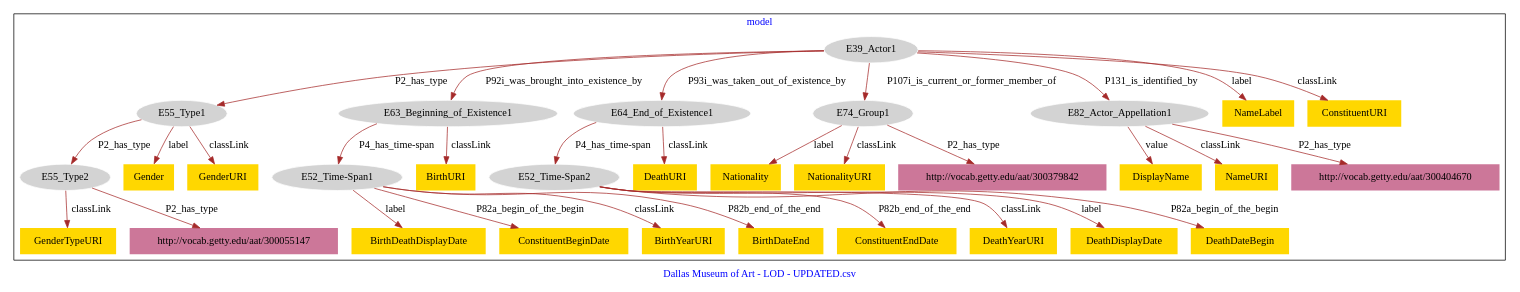
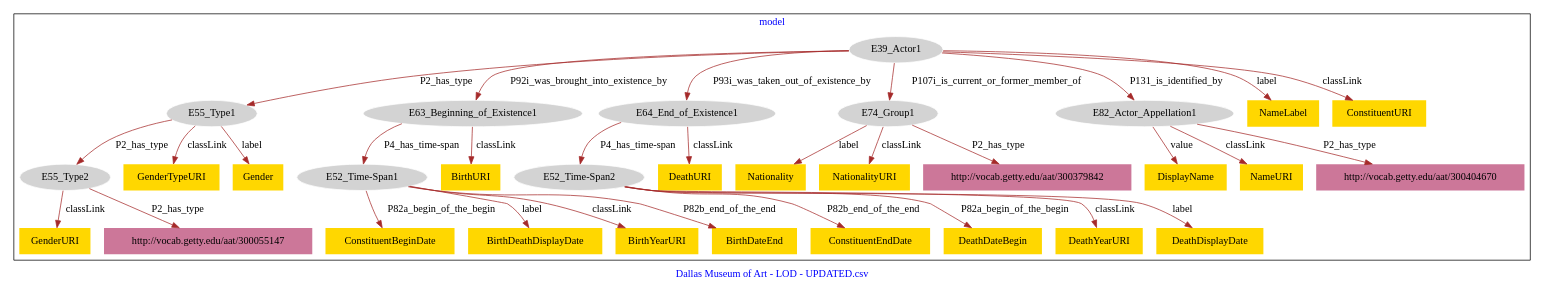
The diagram in Constituents/DMA_Constituents-model.dot (american-art/DMA), drawn with Graphviz before and after one commit.

Commit message:
Update file DMA_Constituents-model.dot

```diff
--- a/Constituents/DMA_Constituents-model.dot
+++ b/Constituents/DMA_Constituents-model.dot
@@ -1,69 +1,69 @@
 digraph n0 {
 fontcolor="blue"
 remincross="true"
 label="Dallas Museum of Art - LOD - UPDATED.csv"
 subgraph cluster {
 label="model"
 n2[style="filled",color="white",fillcolor="lightgray",label="E39_Actor1"];
 n3[style="filled",color="white",fillcolor="lightgray",label="E55_Type1"];
 n4[style="filled",color="white",fillcolor="lightgray",label="E63_Beginning_of_Existence1"];
 n5[style="filled",color="white",fillcolor="lightgray",label="E64_End_of_Existence1"];
 n6[style="filled",color="white",fillcolor="lightgray",label="E74_Group1"];
 n7[style="filled",color="white",fillcolor="lightgray",label="E82_Actor_Appellation1"];
 n8[style="filled",color="white",fillcolor="lightgray",label="E55_Type2"];
 n9[style="filled",color="white",fillcolor="lightgray",label="E52_Time-Span1"];
 n10[style="filled",color="white",fillcolor="lightgray",label="E52_Time-Span2"];
-n11[shape="plaintext",style="filled",fillcolor="gold",label="NameLabel"];
-n12[shape="plaintext",style="filled",fillcolor="gold",label="DeathURI"];
-n13[shape="plaintext",style="filled",fillcolor="gold",label="Gender"];
-n14[shape="plaintext",style="filled",fillcolor="gold",label="DisplayName"];
-n15[shape="plaintext",style="filled",fillcolor="gold",label="ConstituentEndDate"];
-n16[shape="plaintext",style="filled",fillcolor="gold",label="Nationality"];
-n17[shape="plaintext",style="filled",fillcolor="gold",label="DeathYearURI"];
-n18[shape="plaintext",style="filled",fillcolor="gold",label="BirthDeathDisplayDate"];
-n19[shape="plaintext",style="filled",fillcolor="gold",label="ConstituentBeginDate"];
-n20[shape="plaintext",style="filled",fillcolor="gold",label="GenderTypeURI"];
-n21[shape="plaintext",style="filled",fillcolor="gold",label="GenderURI"];
-n22[shape="plaintext",style="filled",fillcolor="gold",label="DeathDisplayDate"];
-n23[shape="plaintext",style="filled",fillcolor="gold",label="DeathDateBegin"];
-n24[shape="plaintext",style="filled",fillcolor="gold",label="BirthYearURI"];
-n25[shape="plaintext",style="filled",fillcolor="gold",label="ConstituentURI"];
-n26[shape="plaintext",style="filled",fillcolor="gold",label="NationalityURI"];
+n11[shape="plaintext",style="filled",fillcolor="gold",label="ConstituentBeginDate"];
+n12[shape="plaintext",style="filled",fillcolor="gold",label="GenderURI"];
+n13[shape="plaintext",style="filled",fillcolor="gold",label="Nationality"];
+n14[shape="plaintext",style="filled",fillcolor="gold",label="BirthDeathDisplayDate"];
+n15[shape="plaintext",style="filled",fillcolor="gold",label="NameLabel"];
+n16[shape="plaintext",style="filled",fillcolor="gold",label="GenderTypeURI"];
+n17[shape="plaintext",style="filled",fillcolor="gold",label="Gender"];
+n18[shape="plaintext",style="filled",fillcolor="gold",label="DisplayName"];
+n19[shape="plaintext",style="filled",fillcolor="gold",label="ConstituentEndDate"];
+n20[shape="plaintext",style="filled",fillcolor="gold",label="BirthYearURI"];
+n21[shape="plaintext",style="filled",fillcolor="gold",label="BirthURI"];
+n22[shape="plaintext",style="filled",fillcolor="gold",label="DeathDateBegin"];
+n23[shape="plaintext",style="filled",fillcolor="gold",label="DeathURI"];
+n24[shape="plaintext",style="filled",fillcolor="gold",label="DeathYearURI"];
+n25[shape="plaintext",style="filled",fillcolor="gold",label="NameURI"];
+n26[shape="plaintext",style="filled",fillcolor="gold",label="DeathDisplayDate"];
 n27[shape="plaintext",style="filled",fillcolor="gold",label="BirthDateEnd"];
-n28[shape="plaintext",style="filled",fillcolor="gold",label="NameURI"];
-n29[shape="plaintext",style="filled",fillcolor="gold",label="BirthURI"];
+n28[shape="plaintext",style="filled",fillcolor="gold",label="NationalityURI"];
+n29[shape="plaintext",style="filled",fillcolor="gold",label="ConstituentURI"];
 n30[shape="plaintext",style="filled",fillcolor="#CC7799",label="http://vocab.getty.edu/aat/300404670"];
 n31[shape="plaintext",style="filled",fillcolor="#CC7799",label="http://vocab.getty.edu/aat/300055147"];
 n32[shape="plaintext",style="filled",fillcolor="#CC7799",label="http://vocab.getty.edu/aat/300379842"];
 }
 n2 -> n3[color="brown",fontcolor="black",label="P2_has_type"]
 n2 -> n4[color="brown",fontcolor="black",label="P92i_was_brought_into_existence_by"]
 n2 -> n5[color="brown",fontcolor="black",label="P93i_was_taken_out_of_existence_by"]
 n2 -> n6[color="brown",fontcolor="black",label="P107i_is_current_or_former_member_of"]
 n2 -> n7[color="brown",fontcolor="black",label="P131_is_identified_by"]
 n3 -> n8[color="brown",fontcolor="black",label="P2_has_type"]
 n4 -> n9[color="brown",fontcolor="black",label="P4_has_time-span"]
 n5 -> n10[color="brown",fontcolor="black",label="P4_has_time-span"]
-n2 -> n11[color="brown",fontcolor="black",label="label"]
-n5 -> n12[color="brown",fontcolor="black",label="classLink"]
-n3 -> n13[color="brown",fontcolor="black",label="label"]
-n7 -> n14[color="brown",fontcolor="black",label="value"]
-n10 -> n15[color="brown",fontcolor="black",label="P82b_end_of_the_end"]
-n6 -> n16[color="brown",fontcolor="black",label="label"]
-n10 -> n17[color="brown",fontcolor="black",label="classLink"]
-n9 -> n18[color="brown",fontcolor="black",label="label"]
-n9 -> n19[color="brown",fontcolor="black",label="P82a_begin_of_the_begin"]
-n8 -> n20[color="brown",fontcolor="black",label="classLink"]
-n3 -> n21[color="brown",fontcolor="black",label="classLink"]
-n10 -> n22[color="brown",fontcolor="black",label="label"]
-n10 -> n23[color="brown",fontcolor="black",label="P82a_begin_of_the_begin"]
-n9 -> n24[color="brown",fontcolor="black",label="classLink"]
-n2 -> n25[color="brown",fontcolor="black",label="classLink"]
-n6 -> n26[color="brown",fontcolor="black",label="classLink"]
+n9 -> n11[color="brown",fontcolor="black",label="P82a_begin_of_the_begin"]
+n8 -> n12[color="brown",fontcolor="black",label="classLink"]
+n6 -> n13[color="brown",fontcolor="black",label="label"]
+n9 -> n14[color="brown",fontcolor="black",label="label"]
+n2 -> n15[color="brown",fontcolor="black",label="label"]
+n3 -> n16[color="brown",fontcolor="black",label="classLink"]
+n3 -> n17[color="brown",fontcolor="black",label="label"]
+n7 -> n18[color="brown",fontcolor="black",label="value"]
+n10 -> n19[color="brown",fontcolor="black",label="P82b_end_of_the_end"]
+n9 -> n20[color="brown",fontcolor="black",label="classLink"]
+n4 -> n21[color="brown",fontcolor="black",label="classLink"]
+n10 -> n22[color="brown",fontcolor="black",label="P82a_begin_of_the_begin"]
+n5 -> n23[color="brown",fontcolor="black",label="classLink"]
+n10 -> n24[color="brown",fontcolor="black",label="classLink"]
+n7 -> n25[color="brown",fontcolor="black",label="classLink"]
+n10 -> n26[color="brown",fontcolor="black",label="label"]
 n9 -> n27[color="brown",fontcolor="black",label="P82b_end_of_the_end"]
-n7 -> n28[color="brown",fontcolor="black",label="classLink"]
-n4 -> n29[color="brown",fontcolor="black",label="classLink"]
+n6 -> n28[color="brown",fontcolor="black",label="classLink"]
+n2 -> n29[color="brown",fontcolor="black",label="classLink"]
 n7 -> n30[color="brown",fontcolor="black",label="P2_has_type"]
 n8 -> n31[color="brown",fontcolor="black",label="P2_has_type"]
 n6 -> n32[color="brown",fontcolor="black",label="P2_has_type"]
 }
```
